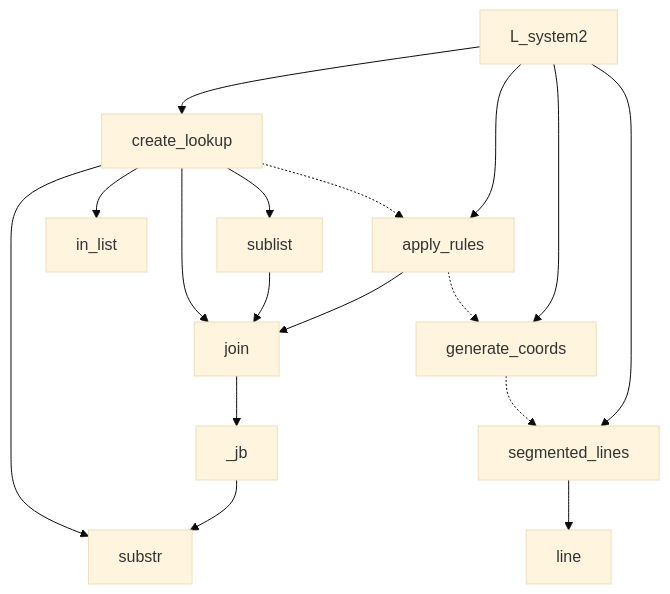
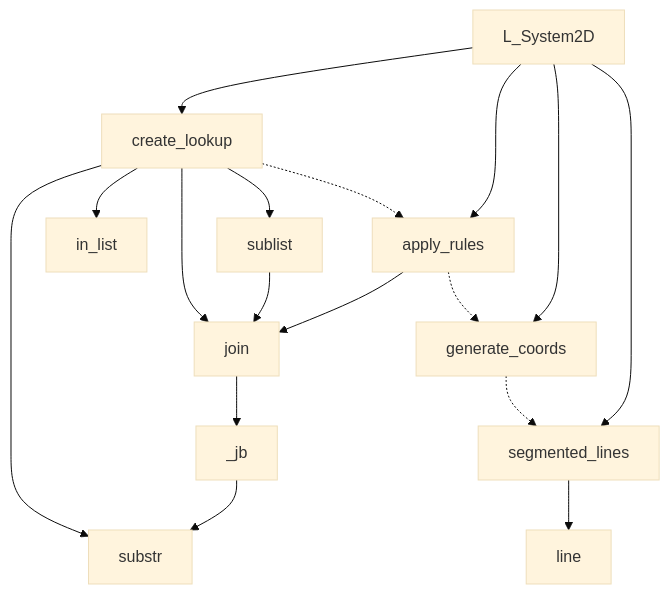
Before and after one commit to CameronBrooks11/L-System-SCAD: the diagram in src/README.md, drawn with Mermaid (base theme). The commit also changed other lines of this file and 7 other files, not shown here.

````diff
--- a/src/README.md
+++ b/src/README.md
@@ -21,26 +21,26 @@
 ```mermaid
 graph TD
-  L_system2 --> create_lookup
-  L_system2 --> apply_rules
-  L_system2 --> generate_coords
-  L_system2 --> segmented_lines
+  L_System2D --> create_lookup
+  L_System2D --> apply_rules
+  L_System2D --> generate_coords
+  L_System2D --> segmented_lines
 
   create_lookup --> substr
   create_lookup --> in_list
   create_lookup --> join
 
   apply_rules --> join
 
   segmented_lines --> line
 
   join --> _jb
 
   _jb --> substr
   sublist --> join
 
   create_lookup --> sublist
 
   create_lookup -.-> apply_rules
   apply_rules -.-> generate_coords
   generate_coords -.-> segmented_lines
 ```
````
